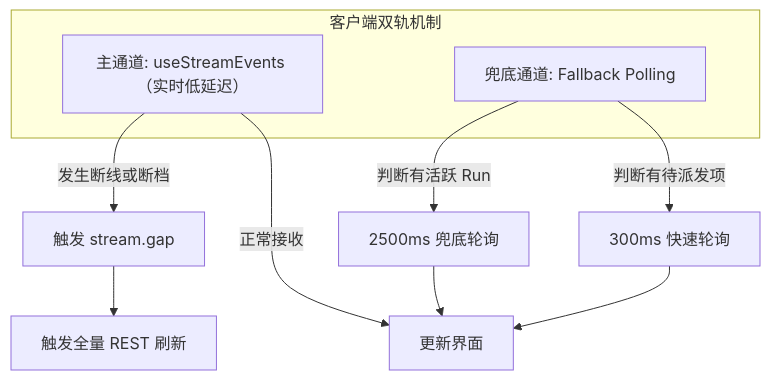
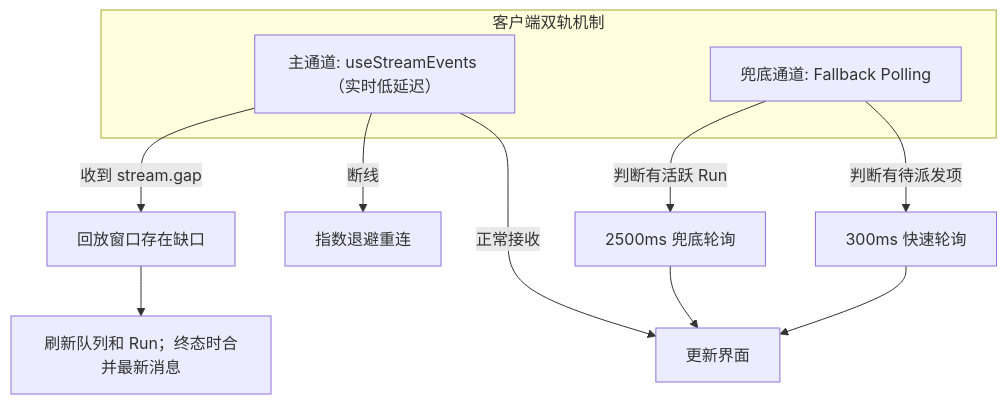
One commit to ermu03/emu-chat changed the seventh of 7 diagrams in docs/07-data-flow.md. Above: the diagram before and after it, drawn with Mermaid. The commit also changed other lines of this file and 13 other files, not shown here.

````diff
--- a/docs/07-data-flow.md
+++ b/docs/07-data-flow.md
@@ -186,17 +192,18 @@
 ```mermaid
 graph TD
     subgraph 客户端双轨机制
         SSE[主通道: useStreamEvents （实时低延迟）] 
         Poll[兜底通道: Fallback Polling]
     end
 
     SSE -->|正常接收| UI[更新界面]
-    SSE -->|发生断线或断档| Gap[触发 stream.gap]
-    Gap --> FullSync[触发全量 REST 刷新]
+    SSE -->|断线| Reconnect[指数退避重连]
+    SSE -->|收到 stream.gap| Gap[回放窗口存在缺口]
+    Gap --> FullSync[刷新队列和 Run；终态时合并最新消息]
     
     Poll -->|判断有待派发项| FastPoll[300ms 快速轮询]
     Poll -->|判断有活跃 Run| SlowPoll[2500ms 兜底轮询]
     
     FastPoll --> UI
     SlowPoll --> UI
 ```
````
